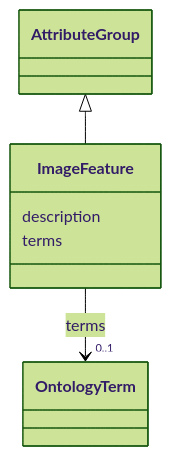
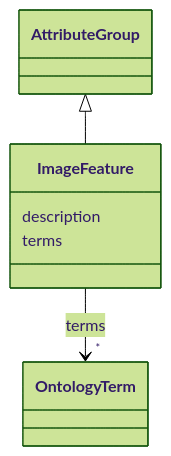
Before and after one commit to lambda-ber/lambda-ber-schema: the diagram in docs/ImageFeature.md, drawn with Mermaid (forest theme). The commit also changed other lines of this file and 881 other files, not shown here.

Commit message:
Update schema artifacts

````diff
--- a/docs/ImageFeature.md
+++ b/docs/ImageFeature.md
@@ -18,22 +18,22 @@
 ```mermaid
  classDiagram
     class ImageFeature
     click ImageFeature href "../ImageFeature/"
       AttributeGroup <|-- ImageFeature
         click AttributeGroup href "../AttributeGroup/"
       
       ImageFeature : description
         
       ImageFeature : terms
         
           
     
         
         
-        ImageFeature --> "0..1" OntologyTerm : terms
+        ImageFeature --> "*" OntologyTerm : terms
         click OntologyTerm href "../OntologyTerm/"
     
 
         
       
 ```
````
